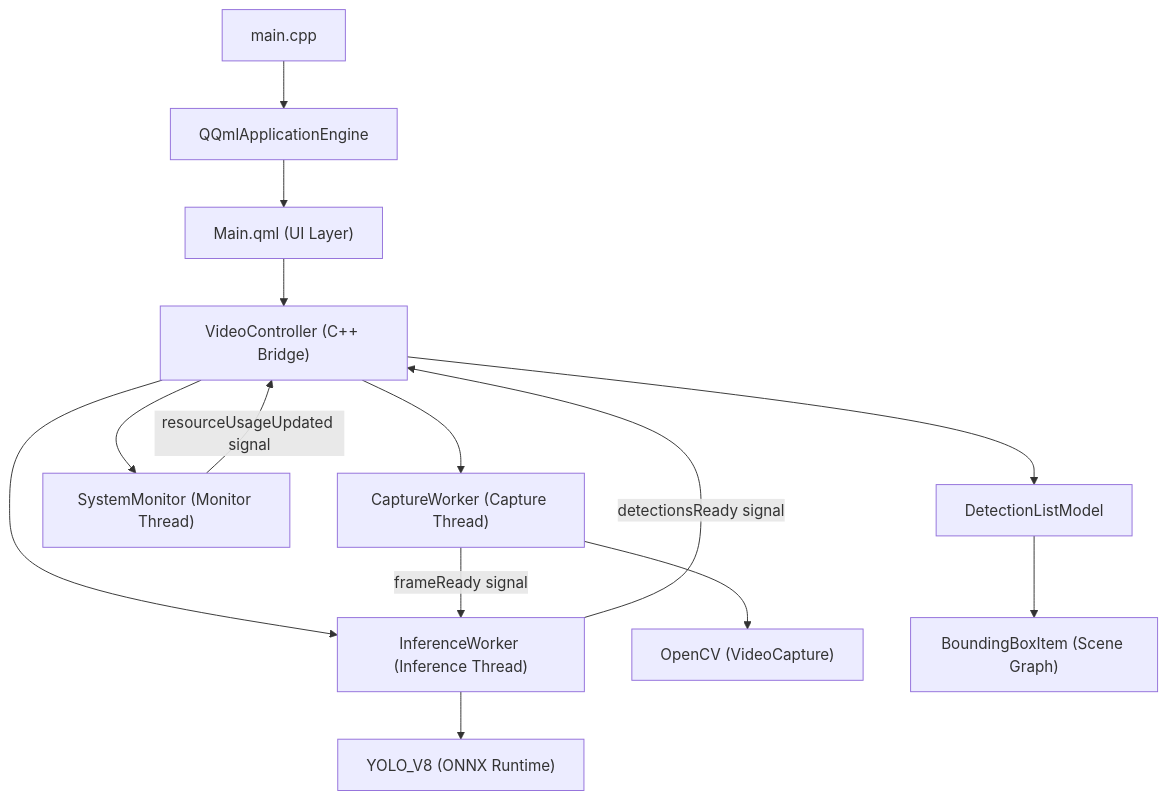
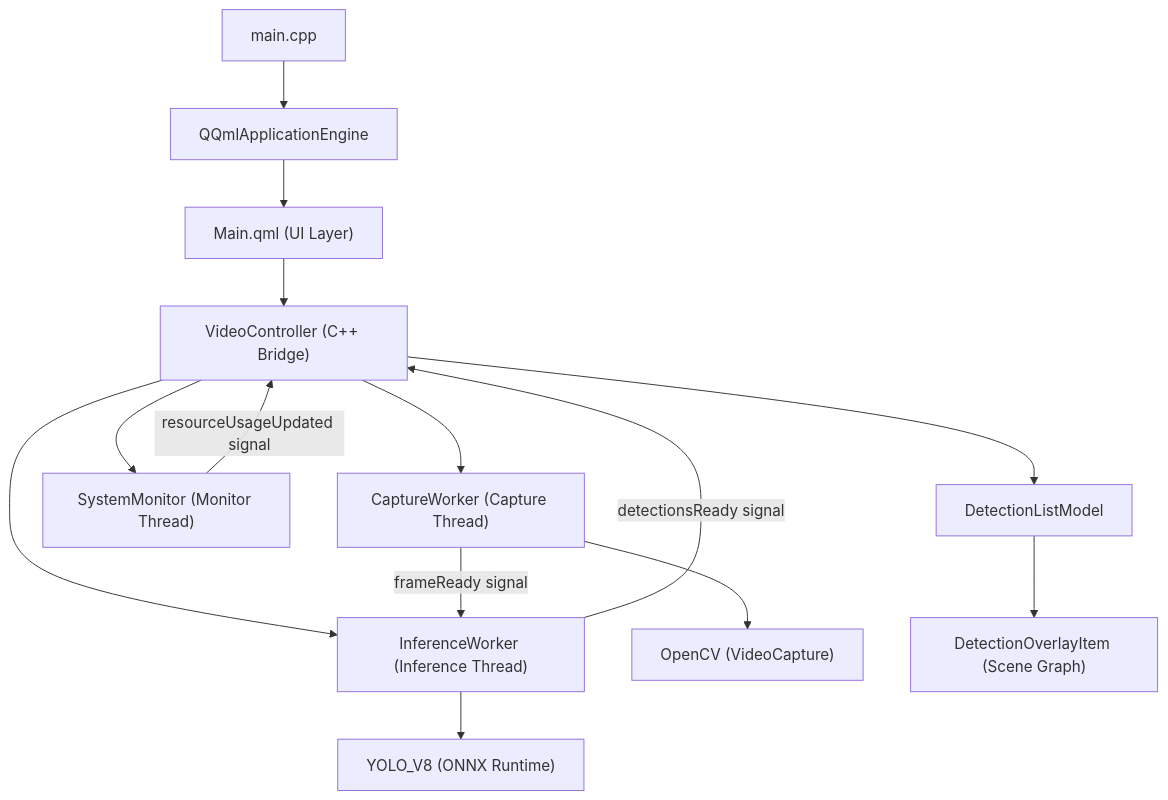
The diagram in docs/project-structure.md (andhiyaulhaq/QtQML-YOLOApp), drawn with Mermaid before and after one commit. The commit also changed other lines of this file and 9 other files, not shown here.

First line of the commit message:
refactor: rename BoundingBoxItem to DetectionOverlayItem

````diff
--- a/docs/project-structure.md
+++ b/docs/project-structure.md
@@ -7,16 +7,16 @@
 ```mermaid
 graph TD
   A[main.cpp] --> B[QQmlApplicationEngine]
   B --> C["Main.qml (UI Layer)"]
   C --> D["VideoController (C++ Bridge)"]
   D --> E["CaptureWorker (Capture Thread)"]
   D --> F["InferenceWorker (Inference Thread)"]
   D --> G["SystemMonitor (Monitor Thread)"]
   E --> H["OpenCV (VideoCapture)"]
   E -->|frameReady signal| F
   F --> I["YOLO_V8 (ONNX Runtime)"]
   F -->|detectionsReady signal| D
   D --> J["DetectionListModel"]
-  J --> K["BoundingBoxItem (Scene Graph)"]
+  J --> K["DetectionOverlayItem (Scene Graph)"]
   G -->|resourceUsageUpdated signal| D
 ```
````
